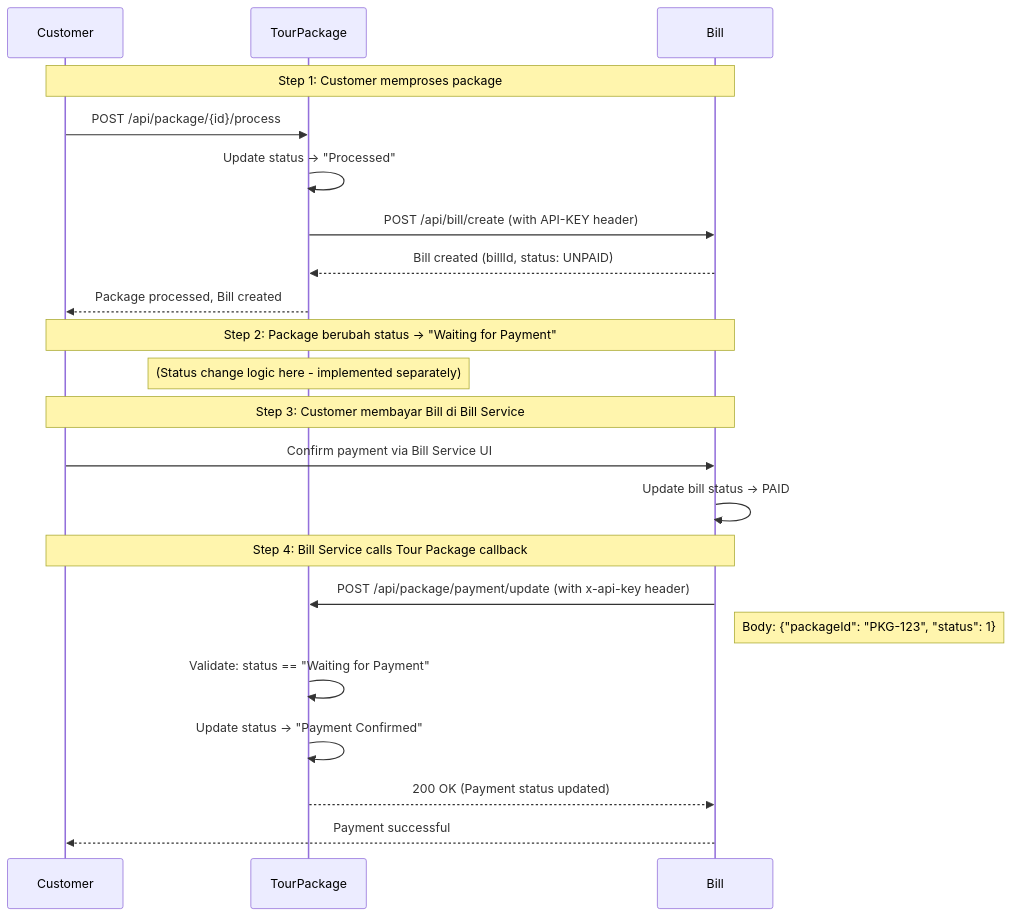
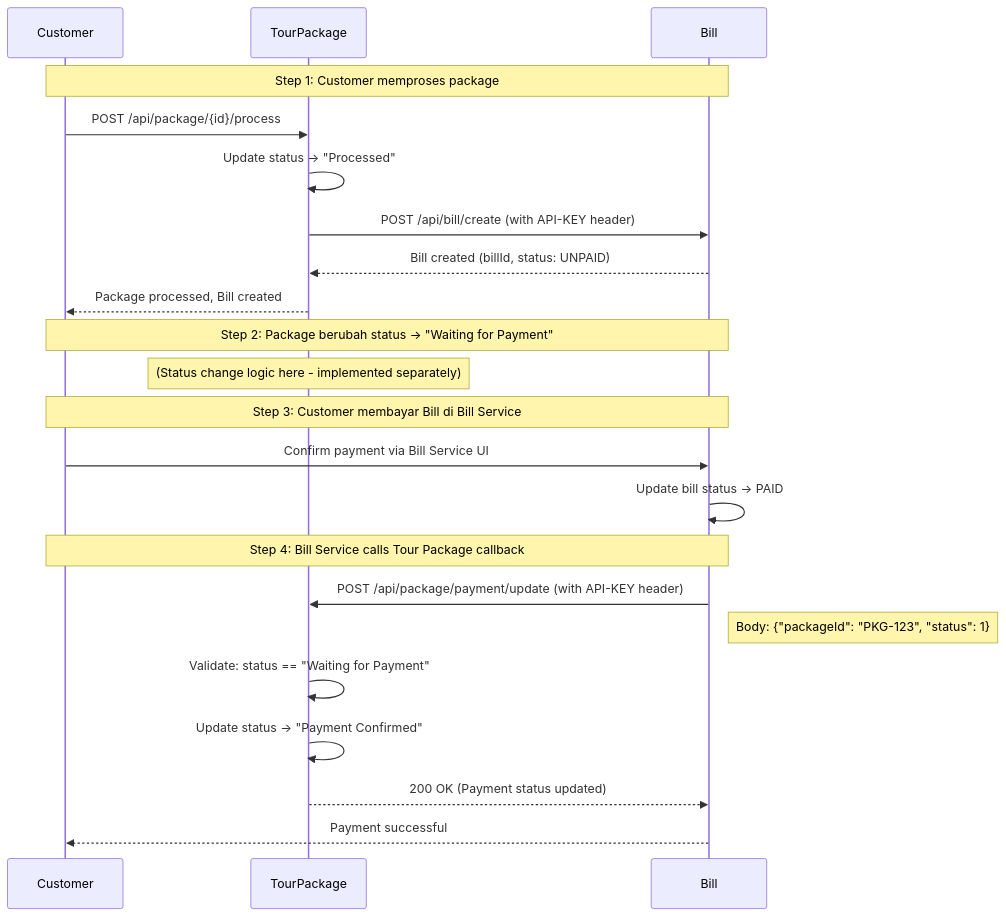
Before and after one commit to valizanady/TI-BE-APAP-2306240156: the diagram in PAYMENT-CALLBACK-GUIDE.md, drawn with Mermaid. The commit also changed other lines of this file and 6 other files, not shown here.

````diff
--- a/PAYMENT-CALLBACK-GUIDE.md
+++ b/PAYMENT-CALLBACK-GUIDE.md
@@ -164,28 +164,28 @@
 ```mermaid
 sequenceDiagram
     participant Customer
     participant TourPackage
     participant Bill
     
     Note over Customer,Bill: Step 1: Customer memproses package
     Customer->>TourPackage: POST /api/package/{id}/process
     TourPackage->>TourPackage: Update status → "Processed"
     TourPackage->>Bill: POST /api/bill/create (with API-KEY header)
     Bill-->>TourPackage: Bill created (billId, status: UNPAID)
     TourPackage-->>Customer: Package processed, Bill created
     
     Note over Customer,Bill: Step 2: Package berubah status → "Waiting for Payment"
     Note over TourPackage: (Status change logic here - implemented separately)
     
     Note over Customer,Bill: Step 3: Customer membayar Bill di Bill Service
     Customer->>Bill: Confirm payment via Bill Service UI
     Bill->>Bill: Update bill status → PAID
     
     Note over Customer,Bill: Step 4: Bill Service calls Tour Package callback
-    Bill->>TourPackage: POST /api/package/payment/update (with x-api-key header)
+    Bill->>TourPackage: POST /api/package/payment/update (with API-KEY header)
     Note right of Bill: Body: {"packageId": "PKG-123", "status": 1}
     TourPackage->>TourPackage: Validate: status == "Waiting for Payment"
     TourPackage->>TourPackage: Update status → "Payment Confirmed"
     TourPackage-->>Bill: 200 OK (Payment status updated)
     Bill-->>Customer: Payment successful
 ```
````
